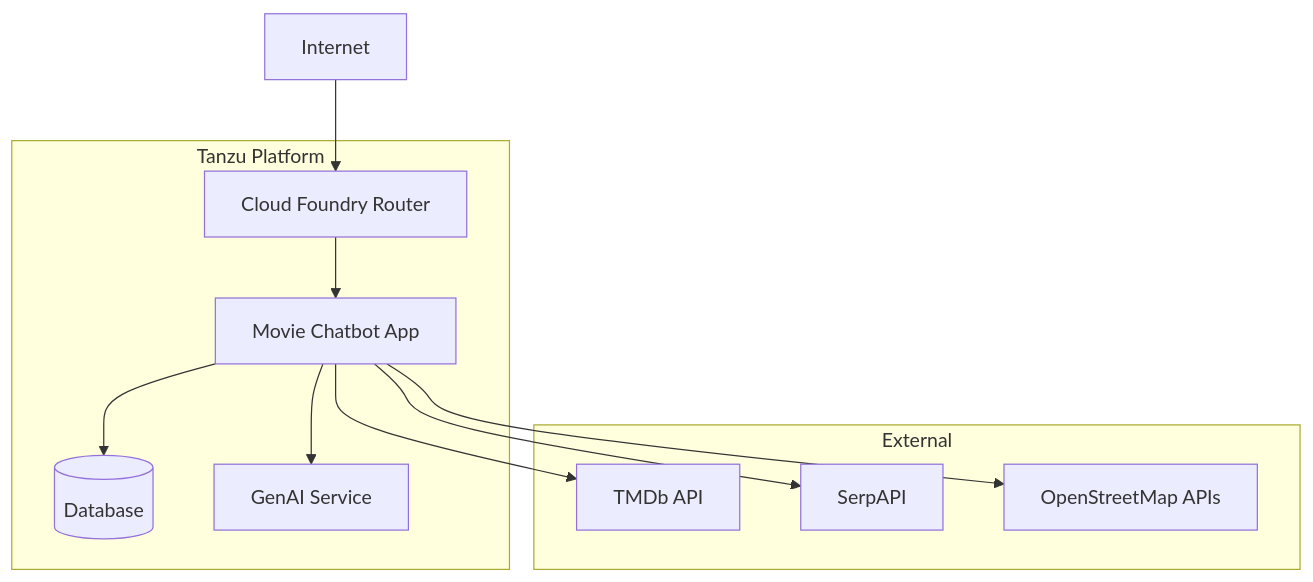
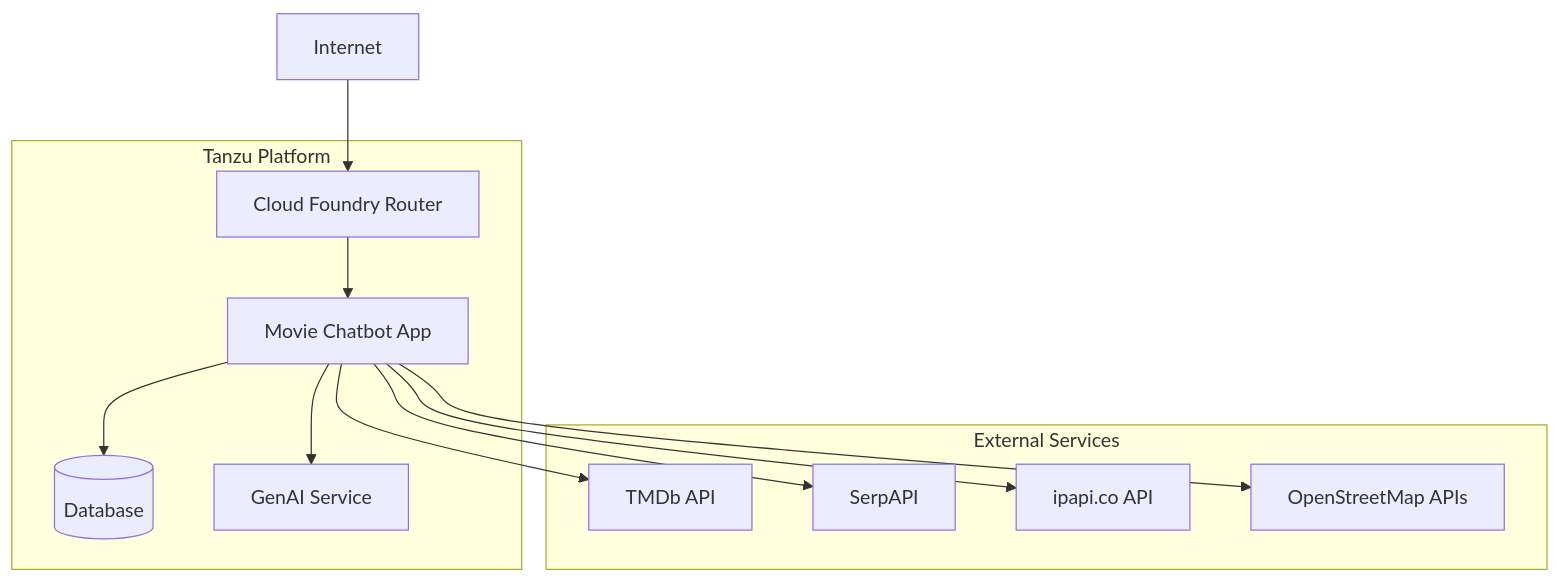
The fourth of 4 diagrams in py-django-crewai/docs/ARCHITECTURE.md (nkuhn-vmw/tanzu-genai-showcase), drawn with Mermaid before and after one commit. The commit also changed other lines of this file and 34 other files, not shown here.

````diff
--- a/py-django-crewai/docs/ARCHITECTURE.md
+++ b/py-django-crewai/docs/ARCHITECTURE.md
@@ -426,24 +740,26 @@
 ```mermaid
 graph TD
     Internet[Internet] --> CF[Cloud Foundry Router]
     CF --> App[Movie Chatbot App]
 
     App --> DB[(Database)]
     App --> GenAI[GenAI Service]
     App --> TMDB[TMDb API]
     App --> SerpAPI[SerpAPI]
+    App --> ipapi[ipapi.co API]
     App --> OSM[OpenStreetMap APIs]
 
-    subgraph Tanzu Platform
+    subgraph "Tanzu Platform"
         CF
         App
         DB
         GenAI
     end
 
-    subgraph External
+    subgraph "External Services"
         TMDB
         SerpAPI
+        ipapi
         OSM
     end
 ```
````
